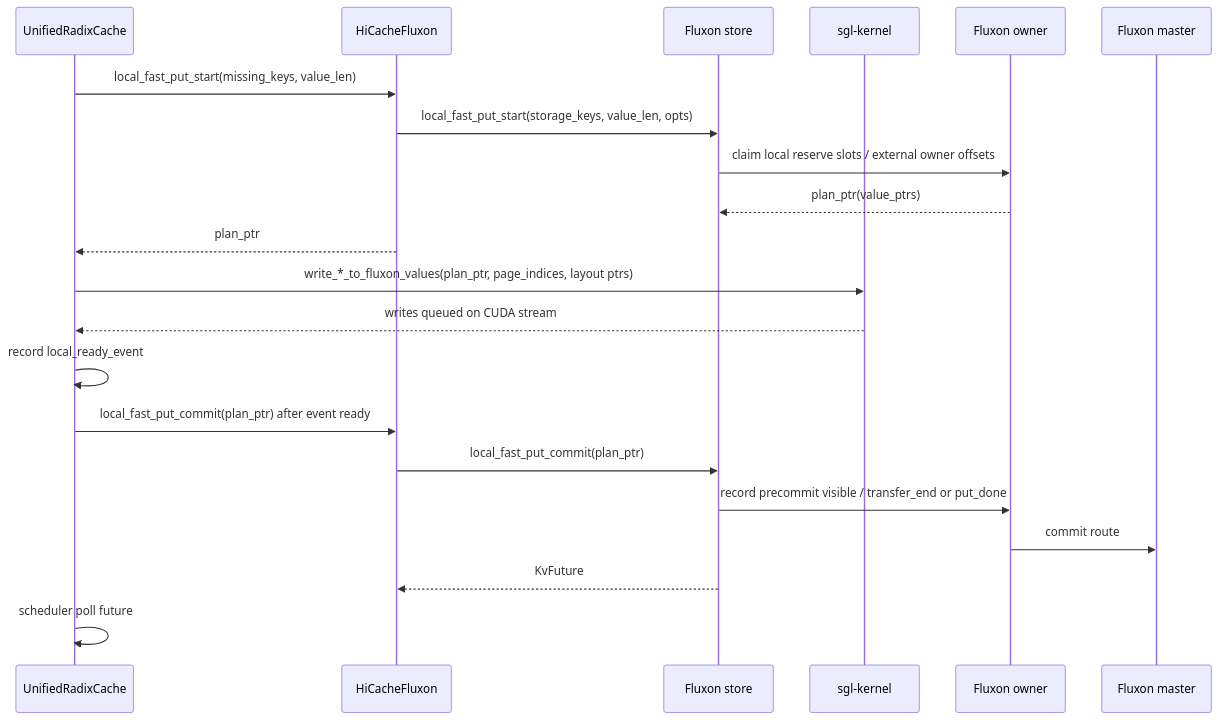
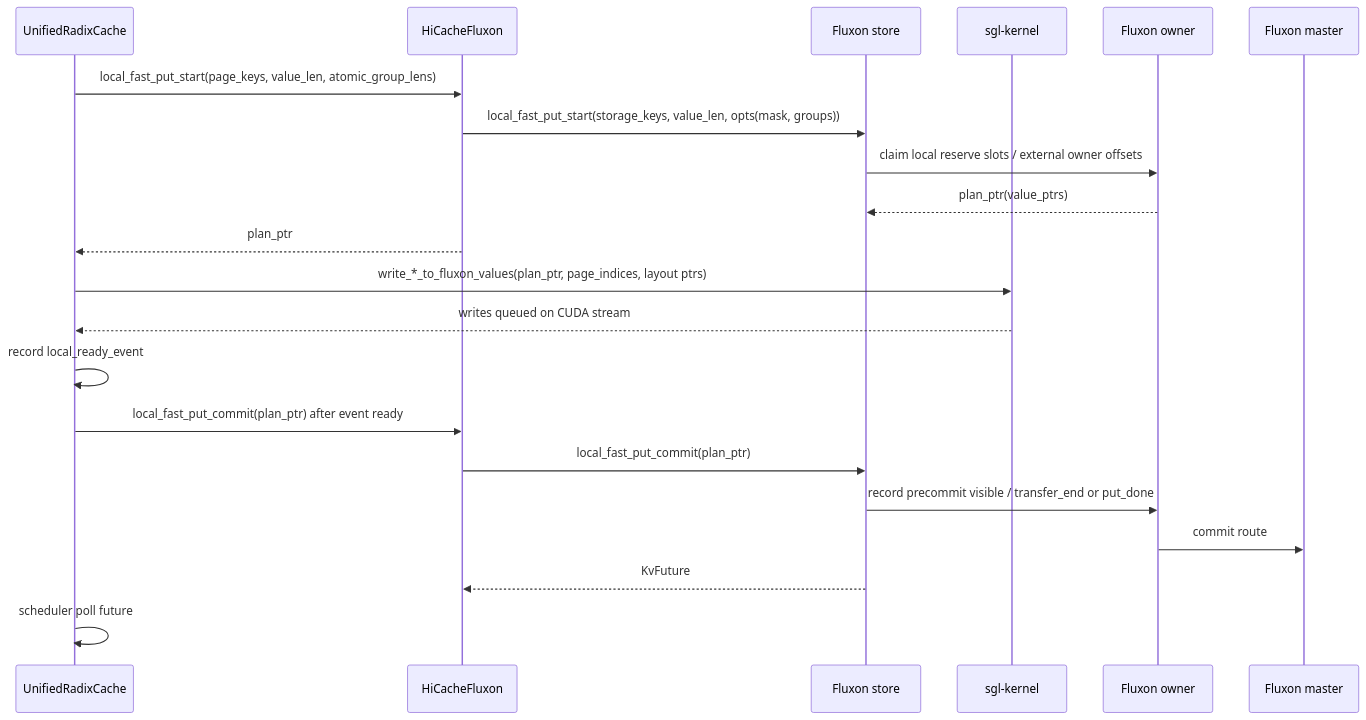
Before and after one commit to Tele-AI/Fluxon: the third of 7 diagrams in fluxon_doc_cn/design/sglang_fluxon_kv集成设计.md, drawn with Mermaid. The commit also changed other lines of this file and 44 other files, not shown here.

Commit message:
feat(kv): add atomic-group replicas and capacity reclaim

````diff
--- a/fluxon_doc_cn/design/sglang_fluxon_kv集成设计.md
+++ b/fluxon_doc_cn/design/sglang_fluxon_kv集成设计.md
@@ -294,24 +389,24 @@
 ```mermaid
 sequenceDiagram
     participant U as UnifiedRadixCache
     participant B as HiCacheFluxon
     participant F as Fluxon store
     participant K as sgl-kernel
     participant O as Fluxon owner
     participant M as Fluxon master
 
-    U->>B: local_fast_put_start(missing_keys, value_len)
-    B->>F: local_fast_put_start(storage_keys, value_len, opts)
+    U->>B: local_fast_put_start(page_keys, value_len, atomic_group_lens)
+    B->>F: local_fast_put_start(storage_keys, value_len, opts(mask, groups))
     F->>O: claim local reserve slots / external owner offsets
     O-->>F: plan_ptr(value_ptrs)
     B-->>U: plan_ptr
     U->>K: write_*_to_fluxon_values(plan_ptr, page_indices, layout ptrs)
     K-->>U: writes queued on CUDA stream
     U->>U: record local_ready_event
     U->>B: local_fast_put_commit(plan_ptr) after event ready
     B->>F: local_fast_put_commit(plan_ptr)
     F->>O: record precommit visible / transfer_end or put_done
     O->>M: commit route
     F-->>B: KvFuture
     U->>U: scheduler poll future
 ```
````
